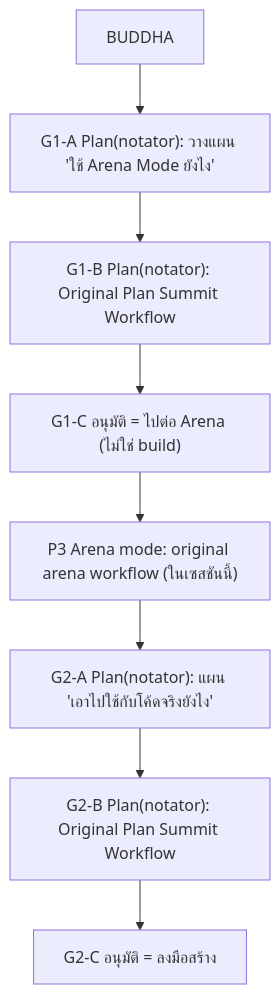
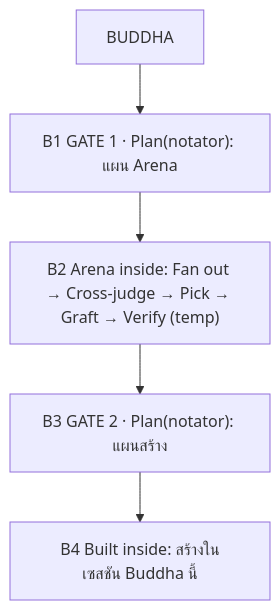
The diagram in SETUP/OPENCODE/FLOW.md (ixud/Ls), drawn with Mermaid before and after one commit. The commit also changed other lines of this file and 16 other files, not shown here.

Commit message:
Change 'Change Agent Flow' to Sub-Agent

````diff
--- a/SETUP/OPENCODE/FLOW.md
+++ b/SETUP/OPENCODE/FLOW.md
@@ -63,10 +64,7 @@
 ```mermaid
 flowchart TD
-    n1["BUDDHA"] --> n2["G1-A Plan(notator): วางแผน 'ใช้ Arena Mode ยังไง'"]
-    n2 --> n3["G1-B Plan(notator): Original Plan Summit Workflow"]
-    n3 --> n4["G1-C อนุมัติ = ไปต่อ Arena (ไม่ใช่ build)"]
-    n4 --> n5["P3 Arena mode: original arena workflow (ในเซสชันนี้)"]
-    n5 --> n6["G2-A Plan(notator): แผน 'เอาไปใช้กับโค้ดจริงยังไง'"]
-    n6 --> n7["G2-B Plan(notator): Original Plan Summit Workflow"]
-    n7 --> n8["G2-C อนุมัติ = ลงมือสร้าง"]
+    n1["BUDDHA"] --> n2["B1 GATE 1 · Plan(notator): แผน Arena"]
+    n2 --> n3["B2 Arena inside: Fan out → Cross-judge → Pick → Graft → Verify (temp)"]
+    n3 --> n4["B3 GATE 2 · Plan(notator): แผนสร้าง"]
+    n4 --> n5["B4 Built inside: สร้างในเซสชัน Buddha นี้"]
 ```
````
